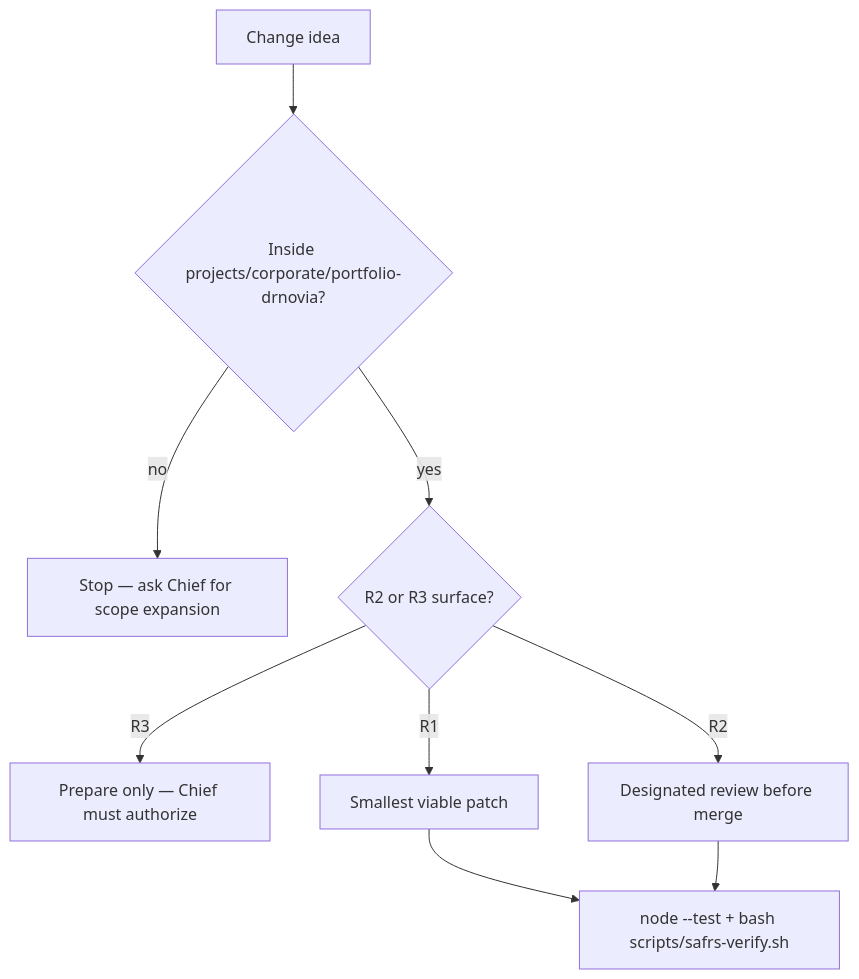
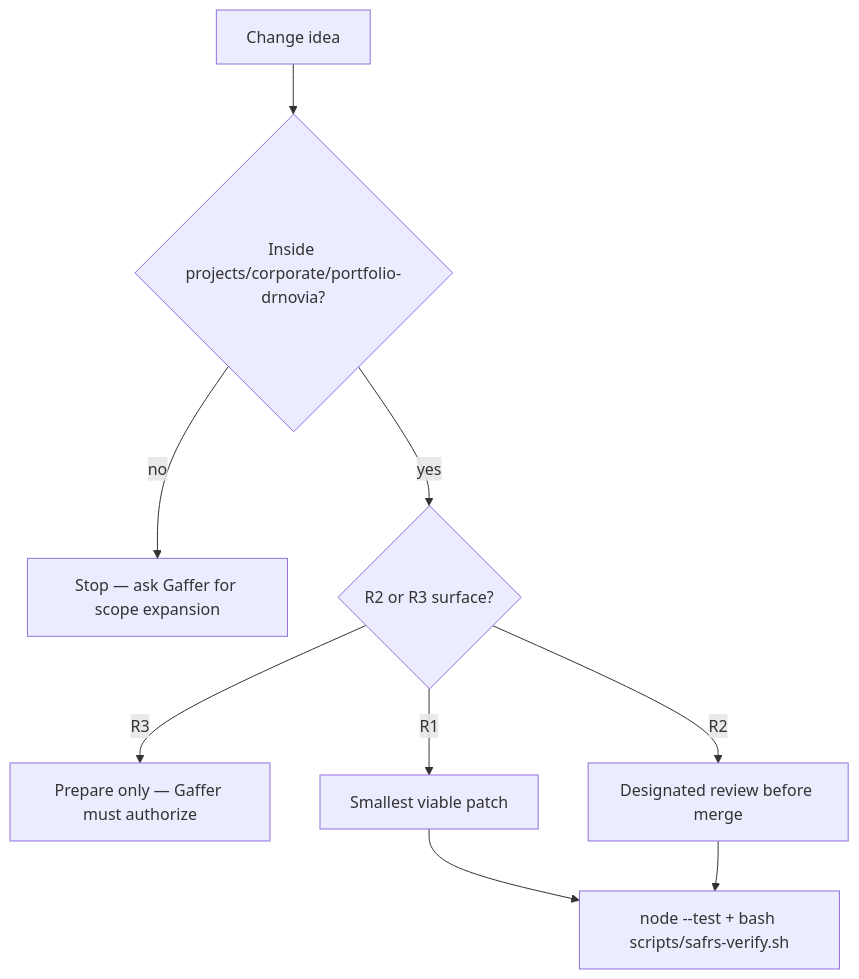
One commit to drferdi/Monorepo-safrs changed the diagram in projects/corporate/portfolio-drnovia/CONTRIBUTING.md. Above: the diagram before and after it, drawn with Mermaid. The commit also changed other lines of this file and 37 other files, not shown here.

````diff
--- a/projects/corporate/portfolio-drnovia/CONTRIBUTING.md
+++ b/projects/corporate/portfolio-drnovia/CONTRIBUTING.md
@@ -23,11 +23,11 @@
 ```mermaid
 flowchart TD
   Idea["Change idea"] --> Scope{"Inside projects/corporate/portfolio-drnovia?"}
-  Scope -->|no| Stop["Stop — ask Chief for scope expansion"]
+  Scope -->|no| Stop["Stop — ask Gaffer for scope expansion"]
   Scope -->|yes| Risk{"R2 or R3 surface?"}
-  Risk -->|R3| Gate["Prepare only — Chief must authorize"]
+  Risk -->|R3| Gate["Prepare only — Gaffer must authorize"]
   Risk -->|R2| Review["Designated review before merge"]
   Risk -->|R1| Work["Smallest viable patch"]
   Work --> Verify["node --test + bash scripts/safrs-verify.sh"]
   Review --> Verify
 ```
````
